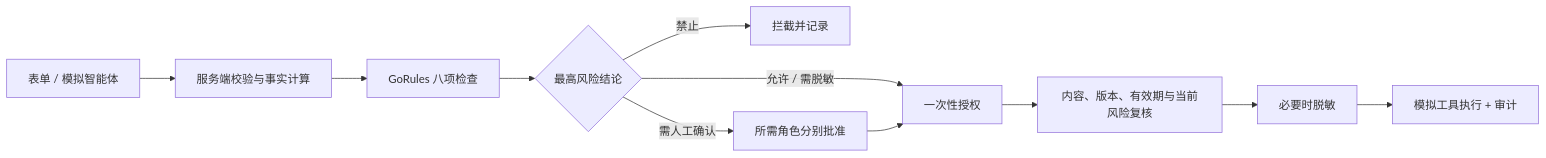
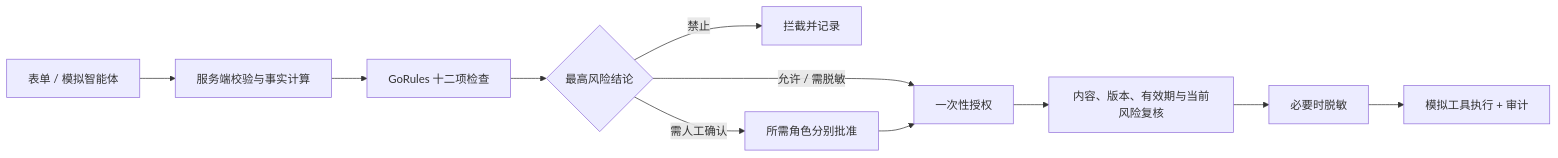
One commit to xudaniel/zen-Gorules changed the diagram in examples/agent-approval/README.md. Above: the diagram before and after it, drawn with Mermaid. The commit also changed other lines of this file and 14 other files, not shown here.

````diff
--- a/examples/agent-approval/README.md
+++ b/examples/agent-approval/README.md
@@ -72,13 +82,13 @@
 ```mermaid
 flowchart LR
     A[表单 / 模拟智能体] --> B[服务端校验与事实计算]
-    B --> C[GoRules 八项检查]
+    B --> C[GoRules 十二项检查]
     C --> D{最高风险结论}
     D -->|禁止| E[拦截并记录]
     D -->|需人工确认| F[所需角色分别批准]
     D -->|允许 / 需脱敏| G[一次性授权]
     F --> G
     G --> H[内容、版本、有效期与当前风险复核]
     H --> I[必要时脱敏]
     I --> J[模拟工具执行 + 审计]
 ```
````
